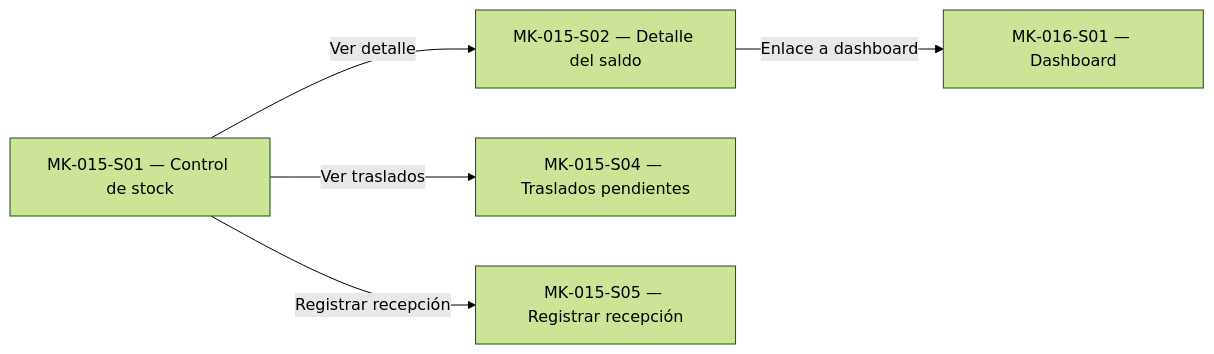
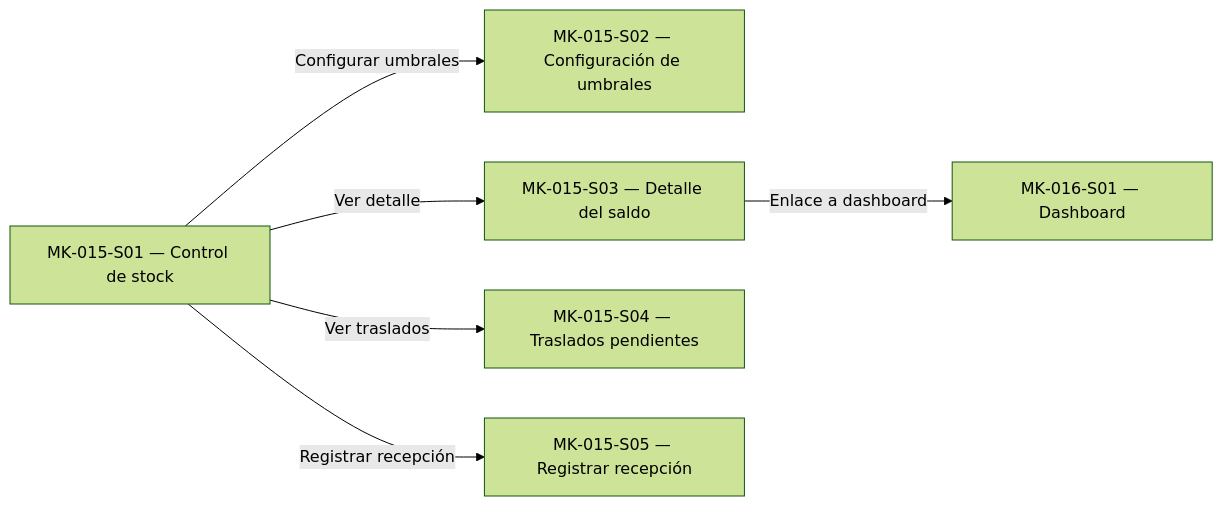
The diagram in mockups/MK-015/component-spec.md (Taller-SW-Web/G6-Productos-Ofertas-docs), drawn with Mermaid (forest theme) before and after one commit. The commit also changed other lines of this file and 8 other files, not shown here.

````diff
--- a/mockups/MK-015/component-spec.md
+++ b/mockups/MK-015/component-spec.md
@@ -90,7 +93,8 @@
 ```mermaid
 flowchart LR
-    S01["MK‑015‑S01 — Control de stock"] -->|"Ver detalle"| S02["MK‑015‑S02 — Detalle del saldo"]
+    S01["MK‑015‑S01 — Control de stock"] -->|"Configurar umbrales"| S02["MK‑015‑S02 — Configuración de umbrales"]
+    S01 -->|"Ver detalle"| S03["MK‑015‑S03 — Detalle del saldo"]
     S01 -->|"Ver traslados"| S04["MK‑015‑S04 — Traslados pendientes"]
     S01 -->|"Registrar recepción"| S05["MK‑015‑S05 — Registrar recepción"]
-    S02 -->|"Enlace a dashboard"| MK016_S01["MK‑016‑S01 — Dashboard"]
+    S03 -->|"Enlace a dashboard"| MK016_S01["MK‑016‑S01 — Dashboard"]
 ```
````
